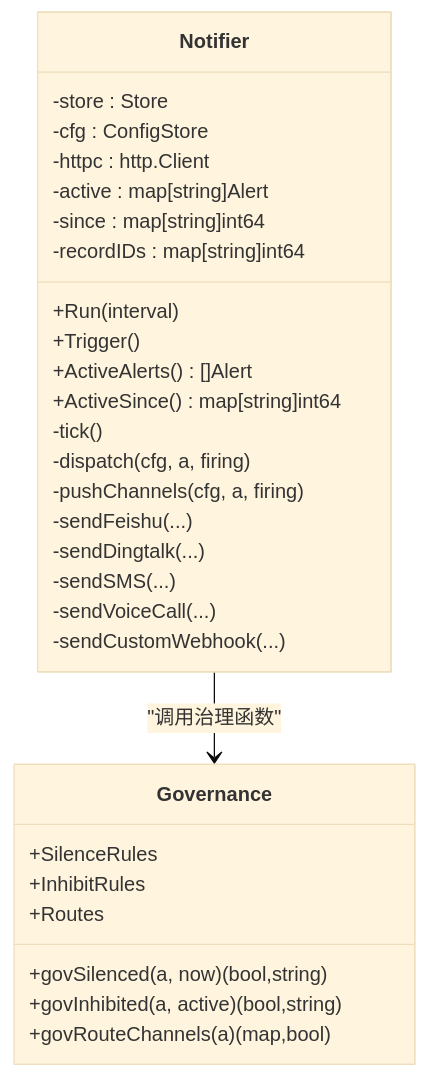
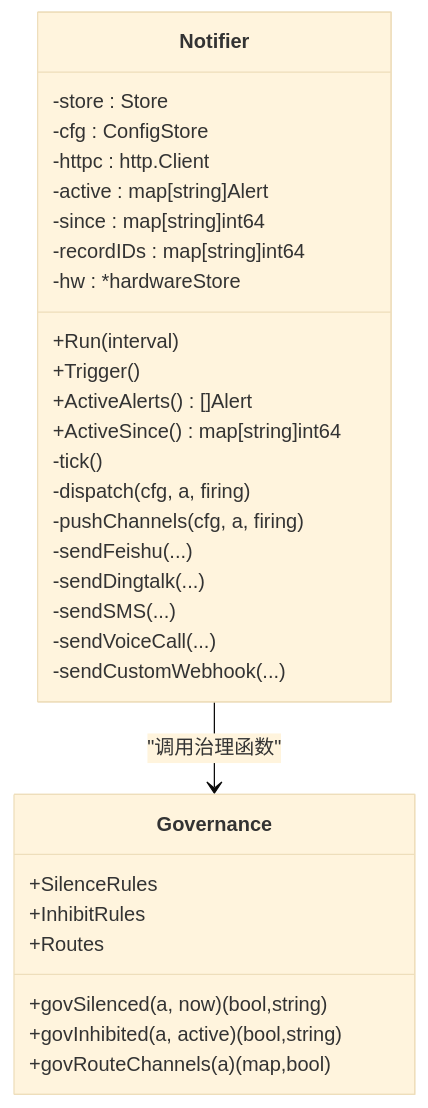
The fifth of 8 diagrams in .qoder/repowiki/zh/content/核心功能/告警系统/告警系统.md (sreyun/aiops-monitor), drawn with Mermaid (base theme) before and after one commit. The commit also changed other lines of this file and 55 other files, not shown here.

````diff
--- a/.qoder/repowiki/zh/content/核心功能/告警系统/告警系统.md
+++ b/.qoder/repowiki/zh/content/核心功能/告警系统/告警系统.md
@@ -244,32 +279,33 @@
 ```mermaid
 classDiagram
 class Notifier {
 -store : Store
 -cfg : ConfigStore
 -httpc : http.Client
 -active : map[string]Alert
 -since : map[string]int64
 -recordIDs : map[string]int64
+-hw : *hardwareStore
 +Run(interval)
 +Trigger()
 +ActiveAlerts() []Alert
 +ActiveSince() map[string]int64
 -tick()
 -dispatch(cfg, a, firing)
 -pushChannels(cfg, a, firing)
 -sendFeishu(...)
 -sendDingtalk(...)
 -sendSMS(...)
 -sendVoiceCall(...)
 -sendCustomWebhook(...)
 }
 class Governance {
 +SilenceRules
 +InhibitRules
 +Routes
 +govSilenced(a, now) (bool,string)
 +govInhibited(a, active) (bool,string)
 +govRouteChannels(a) (map,bool)
 }
 Notifier --> Governance : "调用治理函数"
 ```
````
